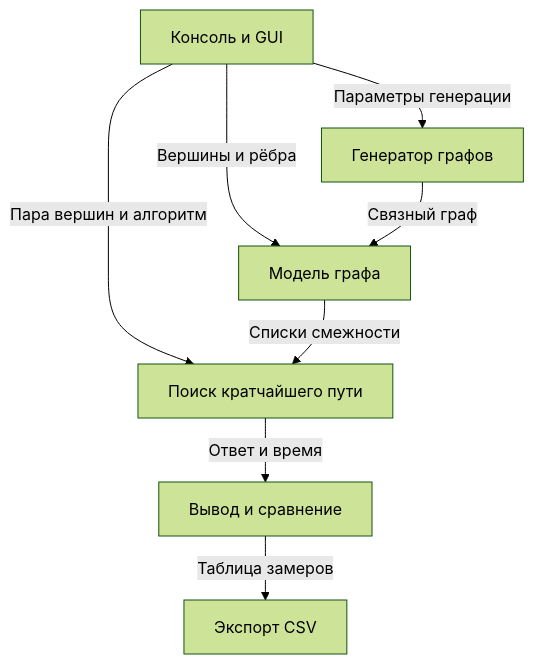
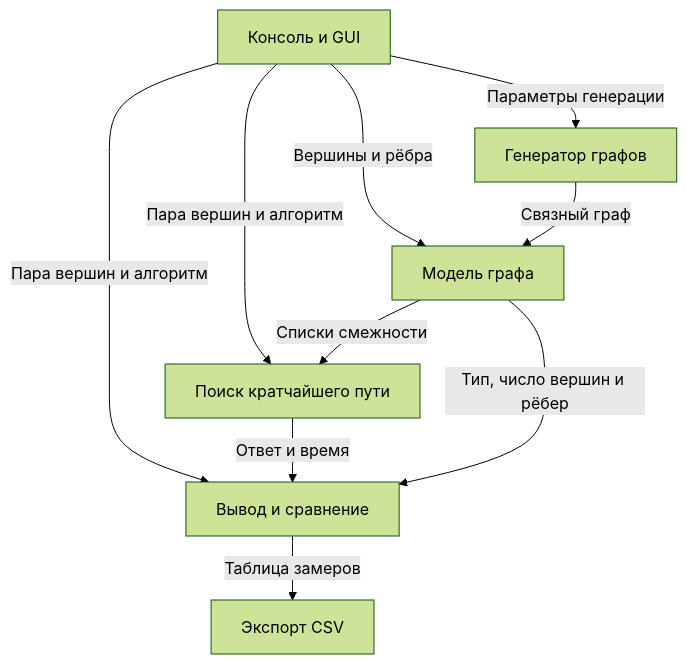
One commit to Krastti/DataStructures changed the second of 4 diagrams in ThirdLab/docs/design.md. Above: the diagram before and after it, drawn with Mermaid (forest theme). The commit also changed other lines of this file and 1 other file, not shown here.

````diff
--- a/ThirdLab/docs/design.md
+++ b/ThirdLab/docs/design.md
@@ -43,23 +43,25 @@
 ```mermaid
 ---
 config:
   flowchart:
     nodeSpacing: 30
     rankSpacing: 40
 ---
 flowchart TD
     Input["Консоль и GUI"]
     Generator["Генератор графов"]
     Graph["Модель графа"]
     Search["Поиск кратчайшего пути"]
     Results["Вывод и сравнение"]
     CSV["Экспорт CSV"]
 
     Input -->|"Параметры генерации"| Generator
     Input -->|"Вершины и рёбра"| Graph
     Generator -->|"Связный граф"| Graph
     Input -->|"Пара вершин и алгоритм"| Search
+    Input -->|"Пара вершин и алгоритм"| Results
     Graph -->|"Списки смежности"| Search
     Search -->|"Ответ и время"| Results
+    Graph -->|"Тип, число вершин и рёбер"| Results
     Results -->|"Таблица замеров"| CSV
 ```
````
